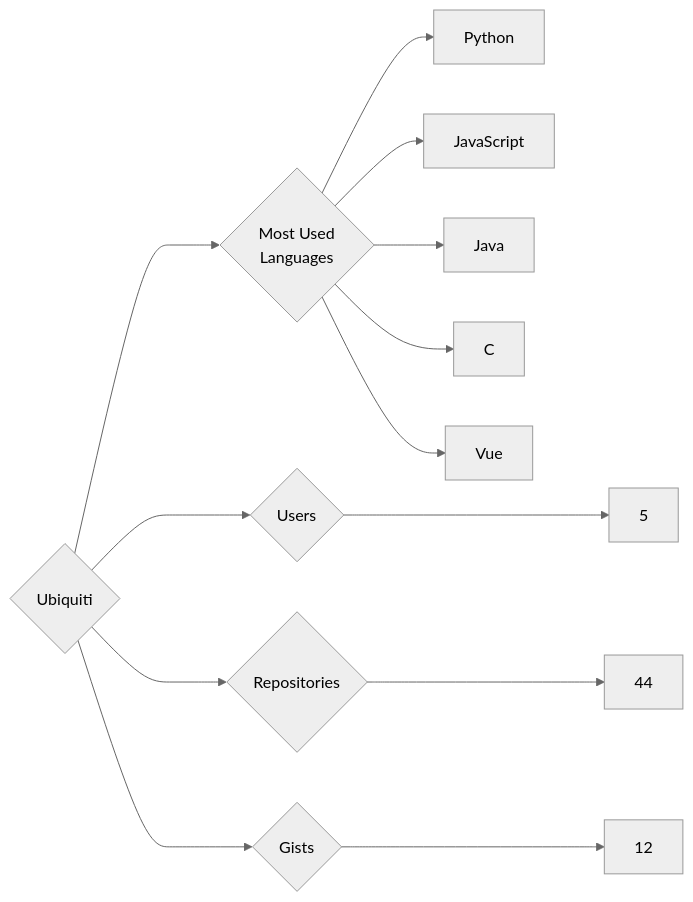
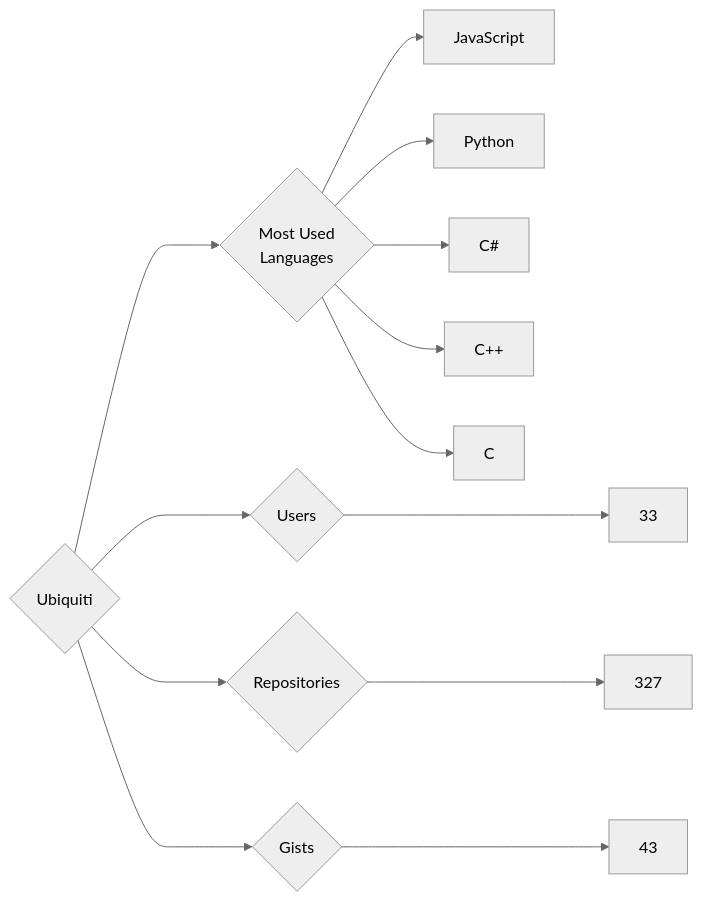
One commit to trickest/insiders changed the diagram in targets/Ubiquiti/README.md. Above: the diagram before and after it, drawn with Mermaid (neutral theme). The commit also changed 976 other files, not shown here.

````diff
--- a/targets/Ubiquiti/README.md
+++ b/targets/Ubiquiti/README.md
@@ -3,13 +3,13 @@
 ```mermaid
 graph LR
 COMPANY_NAME{Ubiquiti}
-COMPANY_NAME ---> U{Users} ---> UN[5]
-COMPANY_NAME ---> R{Repositories} ---> RN[44]
-COMPANY_NAME ---> G{Gists} ---> GN[12]
+COMPANY_NAME ---> U{Users} ---> UN[33]
+COMPANY_NAME ---> R{Repositories} ---> RN[327]
+COMPANY_NAME ---> G{Gists} ---> GN[43]
 COMPANY_NAME ---> ML{Most Used<br>Languages}
+ML --> JavaScript[JavaScript]
 ML --> Python[Python]
-ML --> JavaScript[JavaScript]
-ML --> Java[Java]
+ML --> C#[C#]
+ML --> C++[C++]
 ML --> C[C]
-ML --> Vue[Vue]
 ```
````
